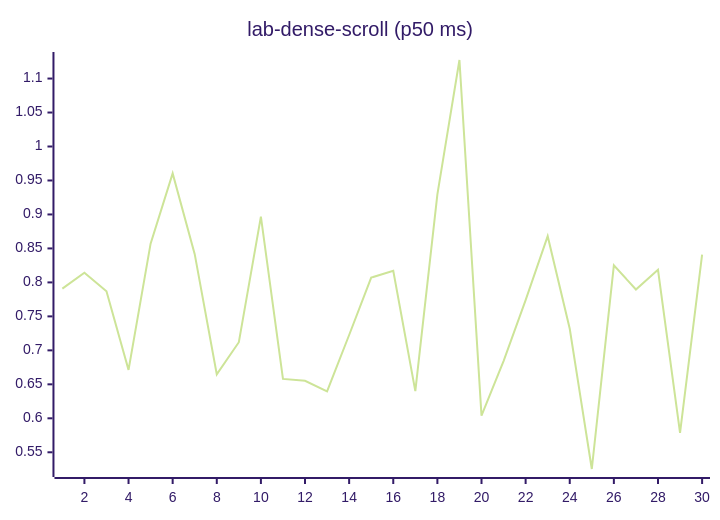
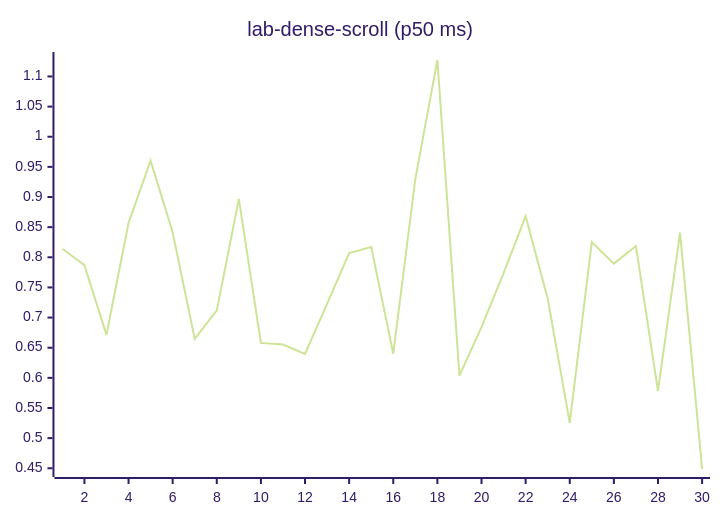
Before and after one commit to josha/Facet: diagram 12 of 27 in README.md, drawn with Mermaid (forest theme). The commit also changed other lines of this file and 2 other files, not shown here.

````diff
--- a/README.md
+++ b/README.md
@@ -140,6 +140,6 @@
 ```mermaid
 xychart-beta
     title "lab-dense-scroll (p50 ms)"
     x-axis 1 --> 30
-    line [0.7908, 0.8143, 0.7869, 0.6713, 0.8570, 0.9604, 0.8416, 0.6647, 0.7120, 0.8968, 0.6580, 0.6552, 0.6397, 0.7226, 0.8071, 0.8171, 0.6401, 0.9297, 1.1273, 0.6038, 0.6843, 0.7739, 0.8680, 0.7317, 0.5254, 0.8252, 0.7895, 0.8186, 0.5785, 0.8409]
+    line [0.8143, 0.7869, 0.6713, 0.8570, 0.9604, 0.8416, 0.6647, 0.7120, 0.8968, 0.6580, 0.6552, 0.6397, 0.7226, 0.8071, 0.8171, 0.6401, 0.9297, 1.1273, 0.6038, 0.6843, 0.7739, 0.8680, 0.7317, 0.5254, 0.8252, 0.7895, 0.8186, 0.5785, 0.8409, 0.4488]
 ```
````
